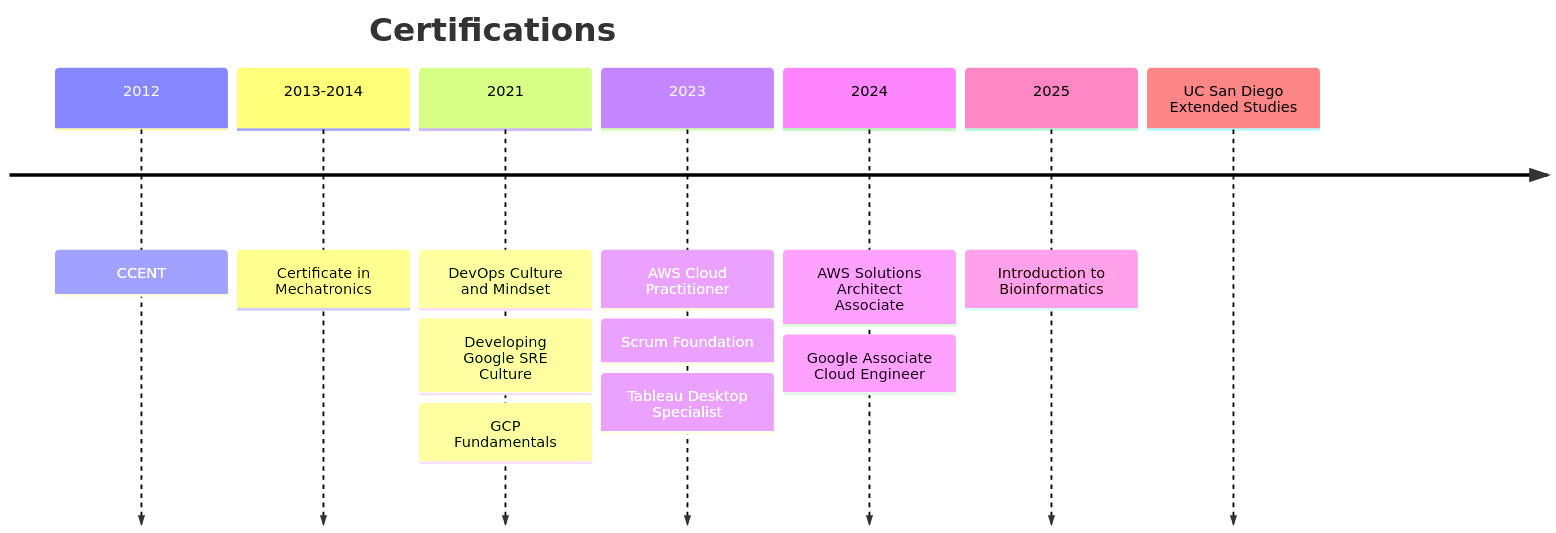
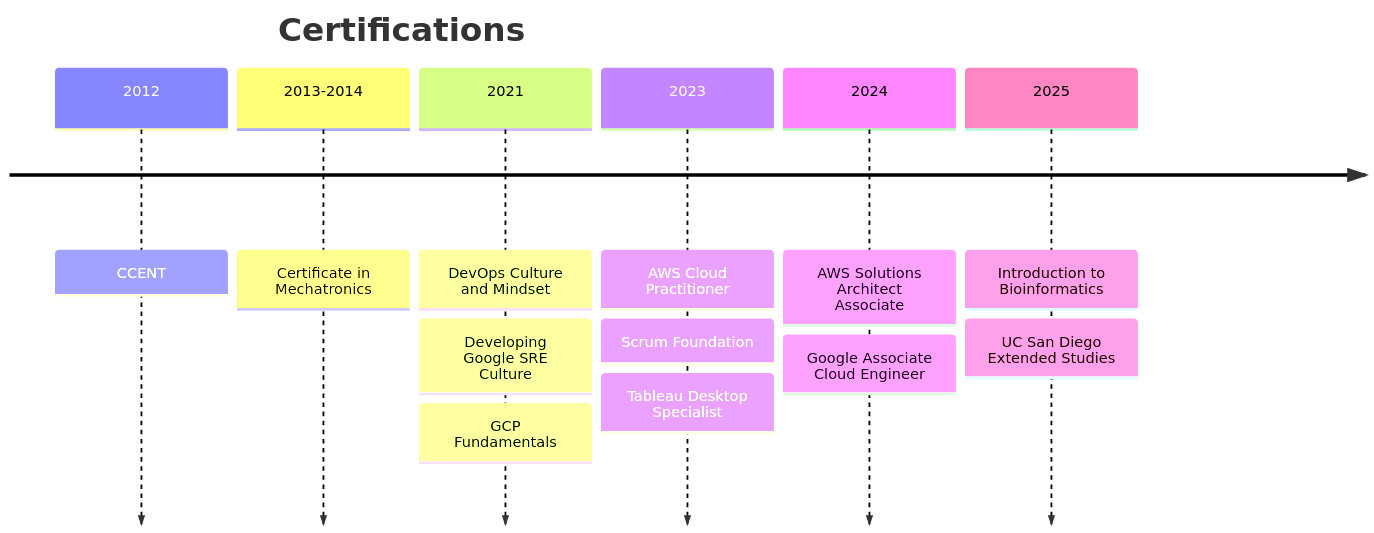
One commit to andresjz/luis changed the second of 2 diagrams in index.md. Above: the diagram before and after it, drawn with Mermaid.

````diff
--- a/index.md
+++ b/index.md
@@ -103,16 +103,16 @@
 ```mermaid
 timeline
     title Certifications
     2012 :  CCENT
     2013-2014 : Certificate in Mechatronics
     2021 : DevOps Culture and Mindset
          : Developing Google SRE Culture
          : GCP Fundamentals
     2023 : AWS Cloud Practitioner
          : Scrum Foundation
          : Tableau Desktop Specialist
     2024 : AWS Solutions Architect Associate
          : Google Associate Cloud Engineer
     2025 : Introduction to Bioinformatics
-           UC San Diego Extended Studies
+         : UC San Diego Extended Studies
 ```
````
